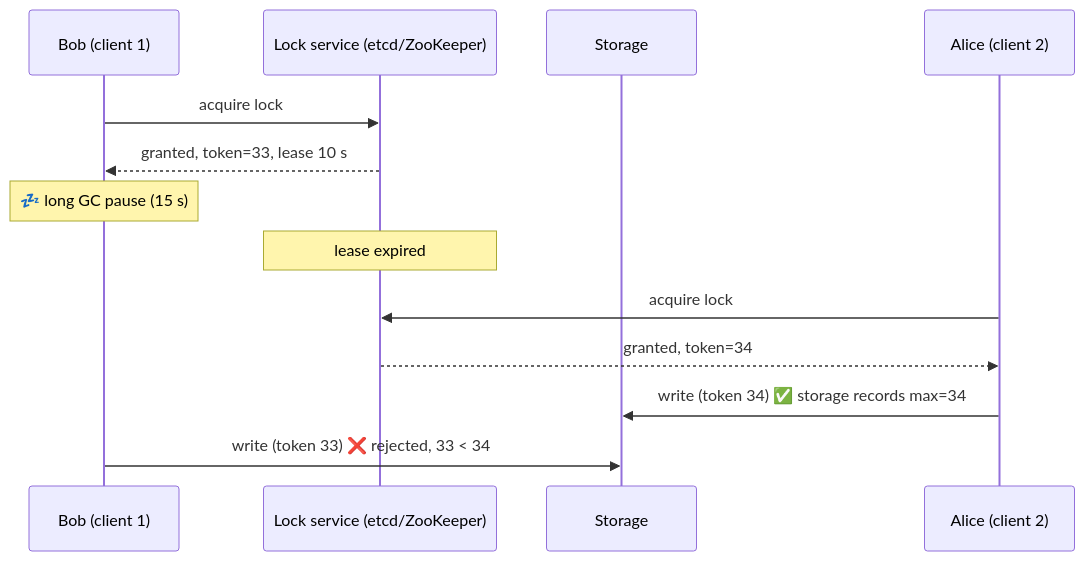
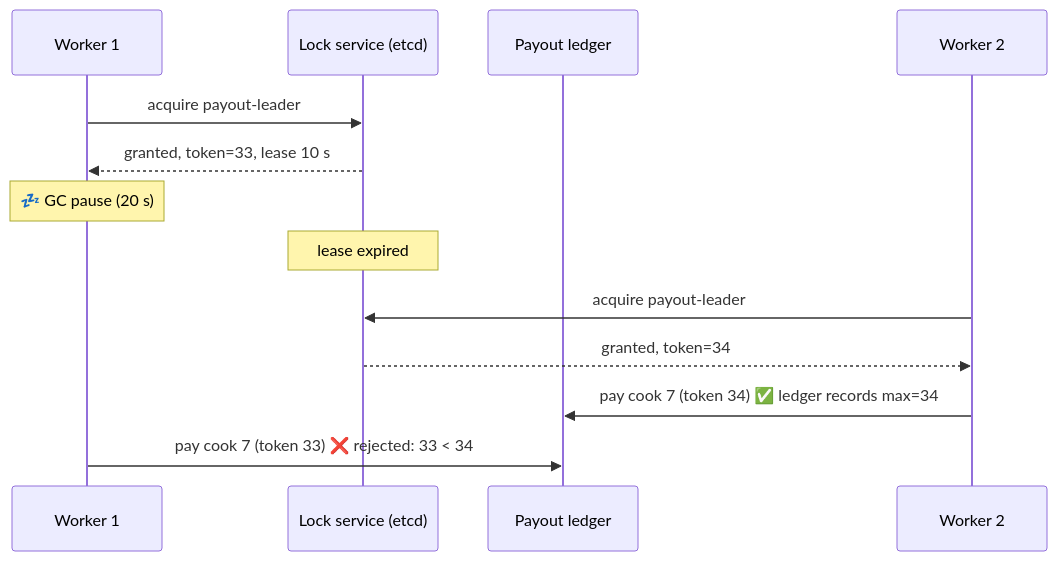
Before and after one commit to winnyboy5/System-Design-from-Atoms: the diagram in phases/10-deep-internals/086-leader-election-and-locks.md, drawn with Mermaid. The commit also changed other lines of this file and 9 other files, not shown here.

````diff
--- a/phases/10-deep-internals/086-leader-election-and-locks.md
+++ b/phases/10-deep-internals/086-leader-election-and-locks.md
@@ -28,15 +40,15 @@
 ```mermaid
 sequenceDiagram
-    participant B as Bob (client 1)
-    participant L as Lock service (etcd/ZooKeeper)
-    participant S as Storage
-    participant A as Alice (client 2)
-    B->>L: acquire lock
-    L-->>B: granted, token=33, lease 10 s
-    Note over B: 💤 long GC pause (15 s)
+    participant W1 as Worker 1
+    participant L as Lock service (etcd)
+    participant S as Payout ledger
+    participant W2 as Worker 2
+    W1->>L: acquire payout-leader
+    L-->>W1: granted, token=33, lease 10 s
+    Note over W1: 💤 GC pause (20 s)
     Note over L: lease expired
-    A->>L: acquire lock
-    L-->>A: granted, token=34
-    A->>S: write (token 34) ✅ storage records max=34
-    B->>S: write (token 33) ❌ rejected, 33 < 34
+    W2->>L: acquire payout-leader
+    L-->>W2: granted, token=34
+    W2->>S: pay cook 7 (token 34) ✅ ledger records max=34
+    W1->>S: pay cook 7 (token 33) ❌ rejected: 33 < 34
 ```
````
